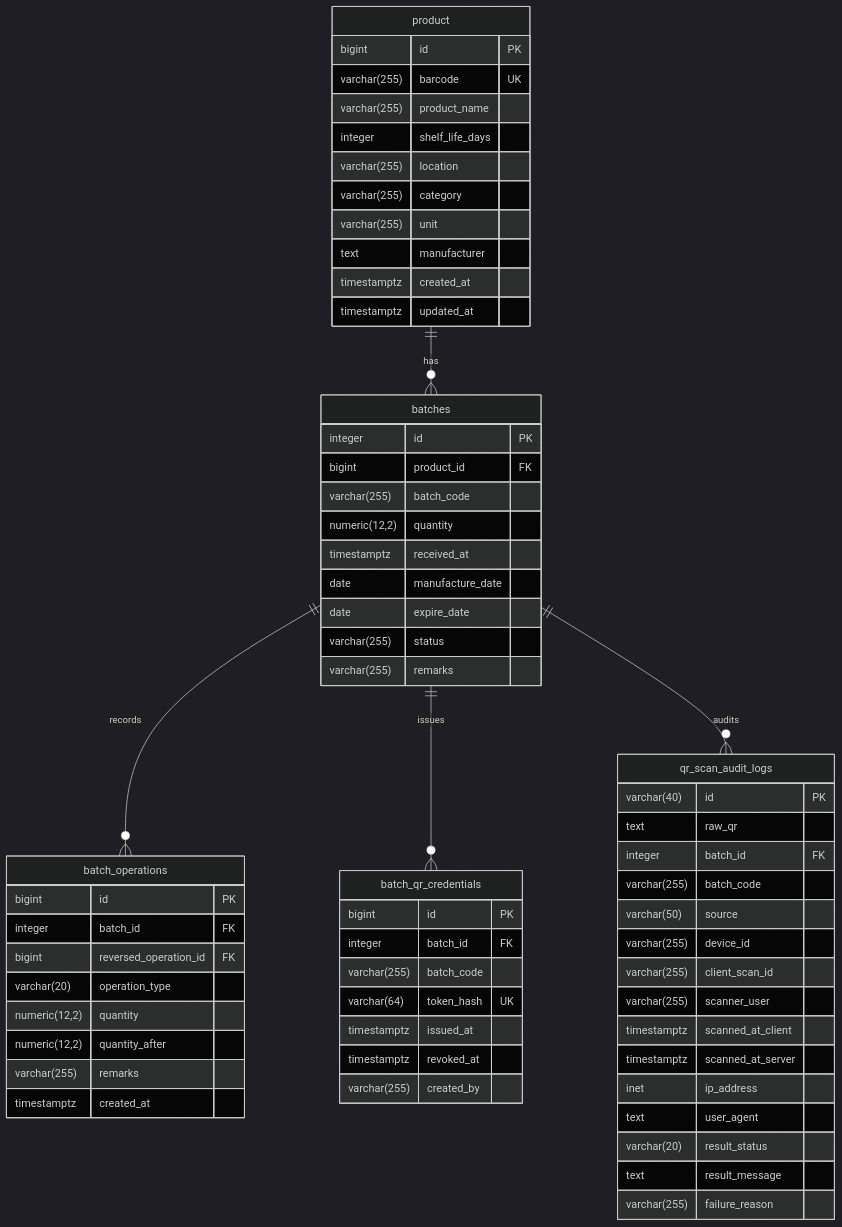
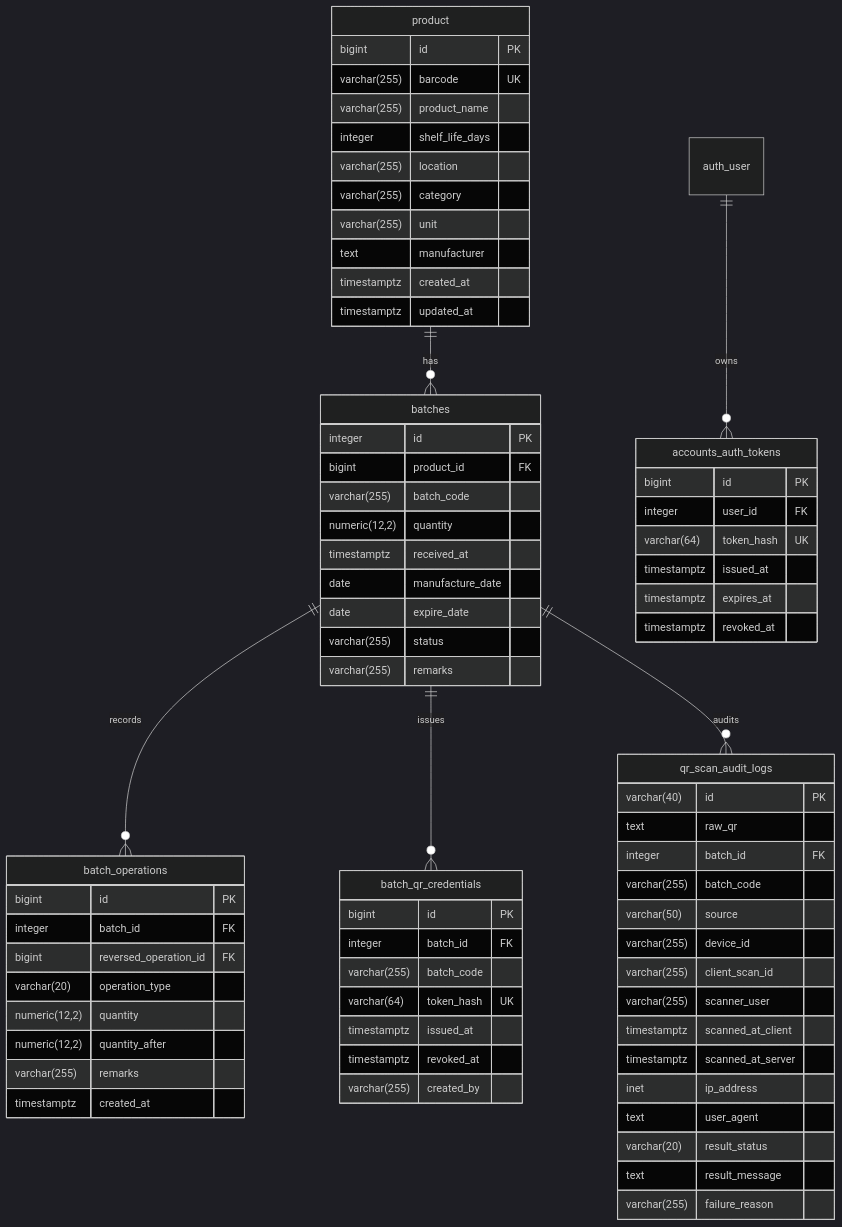
One commit to Harutaizumiya/origin_django changed the diagram in docs/db.md. Above: the diagram before and after it, drawn with Mermaid (dark theme). The commit also changed other lines of this file and 19 other files, not shown here.

````diff
--- a/docs/db.md
+++ b/docs/db.md
@@ -17,71 +19,81 @@
 ```mermaid
 erDiagram
     product ||--o{ batches : "has"
     batches ||--o{ batch_operations : "records"
     batches ||--o{ batch_qr_credentials : "issues"
     batches ||--o{ qr_scan_audit_logs : "audits"
+    auth_user ||--o{ accounts_auth_tokens : "owns"
 
     product {
         bigint id PK
         varchar(255) barcode UK
         varchar(255) product_name
         integer shelf_life_days
         varchar(255) location
         varchar(255) category
         varchar(255) unit
         text manufacturer
         timestamptz created_at
         timestamptz updated_at
     }
 
     batches {
         integer id PK
         bigint product_id FK
         varchar(255) batch_code
         numeric(12,2) quantity
         timestamptz received_at
         date manufacture_date
         date expire_date
         varchar(255) status
         varchar(255) remarks
     }
 
     batch_operations {
         bigint id PK
         integer batch_id FK
         bigint reversed_operation_id FK
         varchar(20) operation_type
         numeric(12,2) quantity
         numeric(12,2) quantity_after
         varchar(255) remarks
         timestamptz created_at
     }
 
     batch_qr_credentials {
         bigint id PK
         integer batch_id FK
         varchar(255) batch_code
         varchar(64) token_hash UK
         timestamptz issued_at
         timestamptz revoked_at
         varchar(255) created_by
     }
 
     qr_scan_audit_logs {
         varchar(40) id PK
         text raw_qr
         integer batch_id FK
         varchar(255) batch_code
         varchar(50) source
         varchar(255) device_id
         varchar(255) client_scan_id
         varchar(255) scanner_user
         timestamptz scanned_at_client
         timestamptz scanned_at_server
         inet ip_address
         text user_agent
         varchar(20) result_status
         text result_message
         varchar(255) failure_reason
     }
+
+    accounts_auth_tokens {
+        bigint id PK
+        integer user_id FK
+        varchar(64) token_hash UK
+        timestamptz issued_at
+        timestamptz expires_at
+        timestamptz revoked_at
+    }
 ```
````
